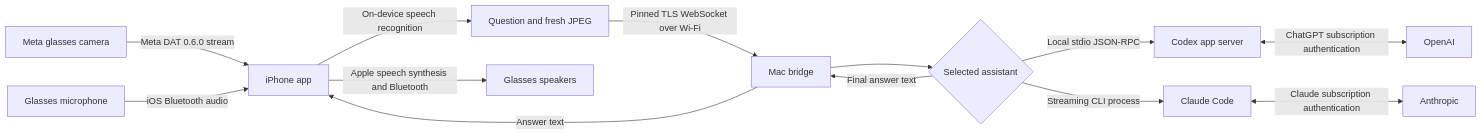
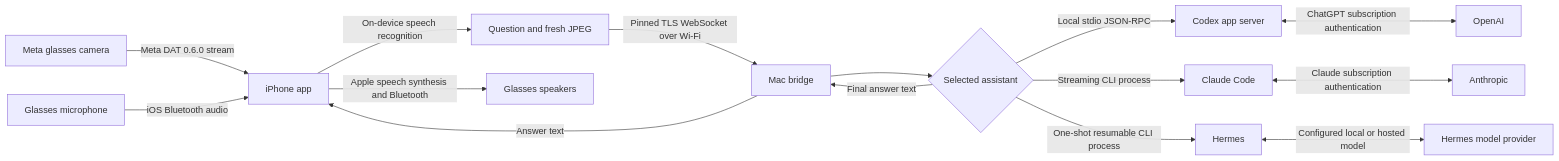
The diagram in docs/architecture.md (soothslayer/RayBridge), drawn with Mermaid before and after one commit. The commit also changed other lines of this file and 12 other files, not shown here.

Commit message:
Add Hermes assistant provider

````diff
--- a/docs/architecture.md
+++ b/docs/architecture.md
@@ -3,15 +3,17 @@
 ```mermaid
 flowchart LR
     G[Meta glasses camera] -->|Meta DAT 0.6.0 stream| I[iPhone app]
     M[Glasses microphone] -->|iOS Bluetooth audio| I
     I -->|On-device speech recognition| Q[Question and fresh JPEG]
     Q -->|Pinned TLS WebSocket over Wi-Fi| B[Mac bridge]
     B --> A{Selected assistant}
     A -->|Local stdio JSON-RPC| C[Codex app server]
     A -->|Streaming CLI process| D[Claude Code]
+    A -->|One-shot resumable CLI process| E[Hermes]
     C <-->|ChatGPT subscription authentication| O[OpenAI]
     D <-->|Claude subscription authentication| H[Anthropic]
+    E <-->|Configured local or hosted model| L[Hermes model provider]
     A -->|Final answer text| B
     B -->|Answer text| I
     I -->|Apple speech synthesis and Bluetooth| S[Glasses speakers]
 ```
````
